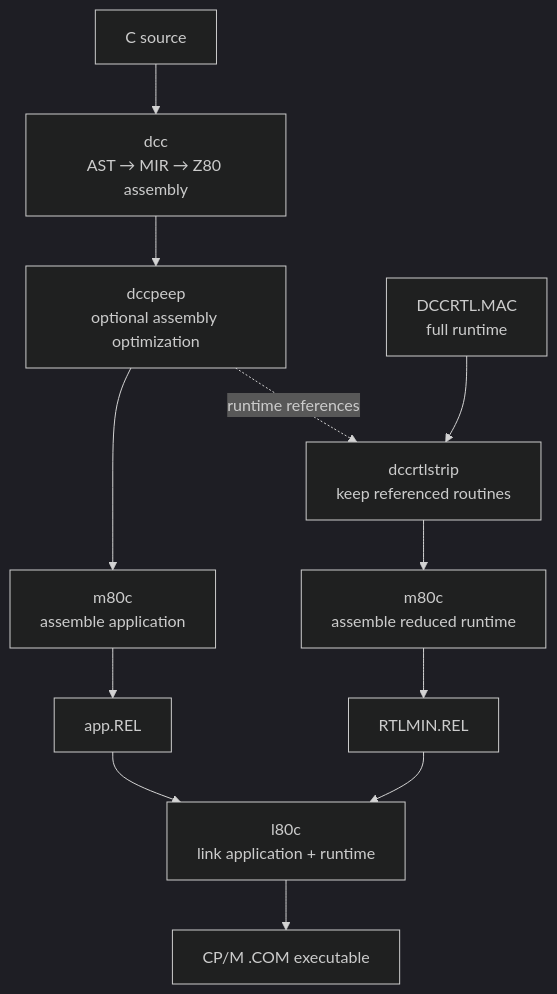
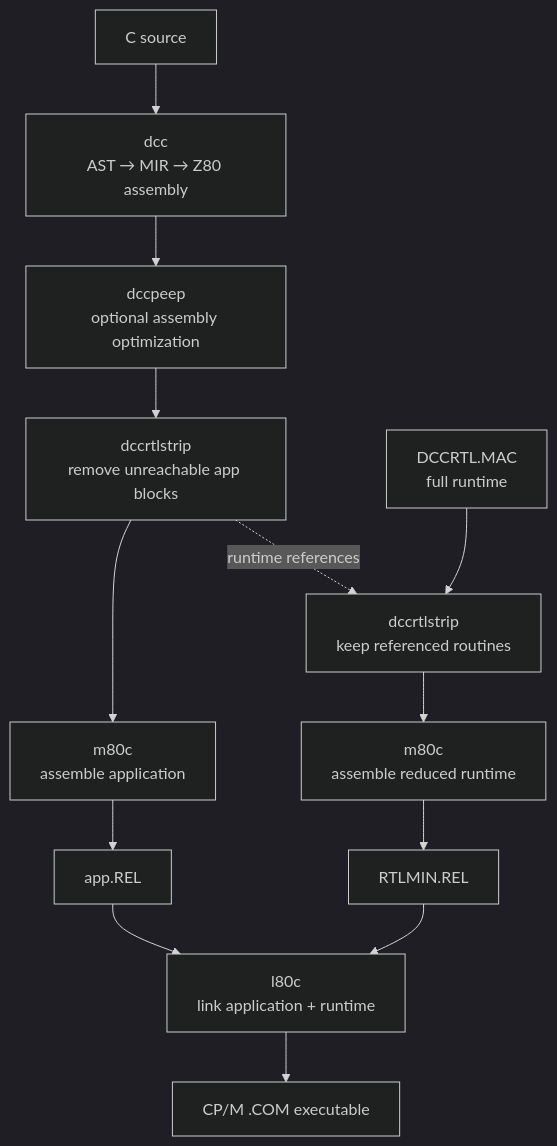
The first of 5 diagrams in docs/docs/en/appendix/00-architecture.md (davidly/dcc), drawn with Mermaid (dark theme) before and after one commit. The commit also changed other lines of this file and 16 other files, not shown here.

````diff
--- a/docs/docs/en/appendix/00-architecture.md
+++ b/docs/docs/en/appendix/00-architecture.md
@@ -36,16 +36,17 @@
 ```mermaid
 flowchart TB
   SRC["C source"] --> DCC["dcc<br/>AST → MIR → Z80 assembly"]
   DCC --> PEEP["dccpeep<br/>optional assembly optimization"]
-  PEEP --> APPASM["m80c<br/>assemble application"]
+  PEEP --> APPSTRIP["dccrtlstrip<br/>remove unreachable app blocks"]
+  APPSTRIP --> APPASM["m80c<br/>assemble application"]
   APPASM --> APPREL["app.REL"]
 
   RTL["DCCRTL.MAC<br/>full runtime"] --> STRIP["dccrtlstrip<br/>keep referenced routines"]
-  PEEP -. runtime references .-> STRIP
+  APPSTRIP -. runtime references .-> STRIP
   STRIP --> RTLASM["m80c<br/>assemble reduced runtime"]
   RTLASM --> RTLREL["RTLMIN.REL"]
 
   APPREL --> LINK["l80c<br/>link application + runtime"]
   RTLREL --> LINK
   LINK --> COM["CP/M .COM executable"]
 ```
````
